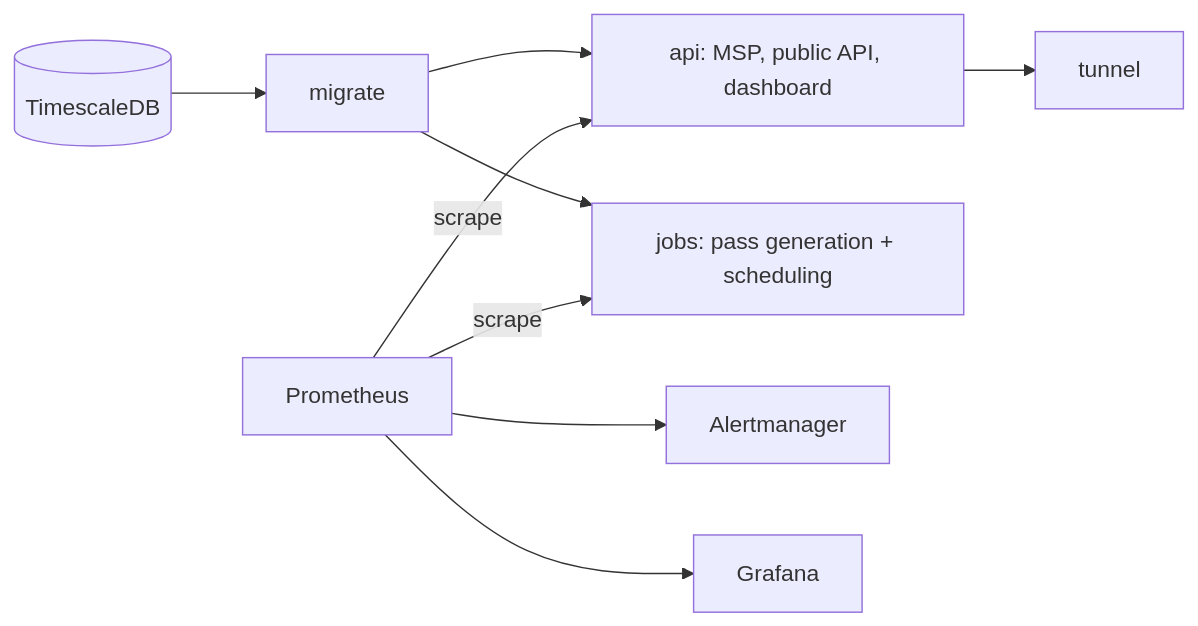
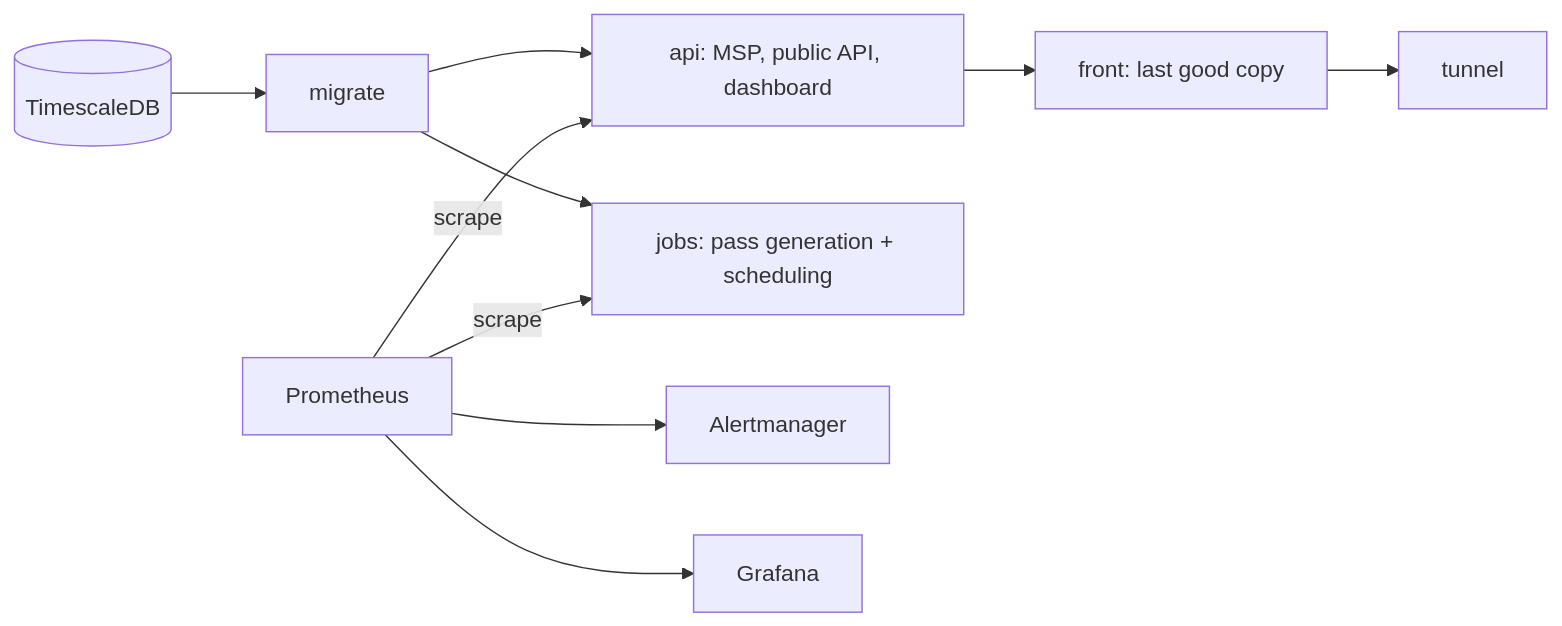
One commit to harshareddy-bathala/Meridian changed the diagram in docs/ARCHITECTURE.md. Above: the diagram before and after it, drawn with Mermaid. The commit also changed other lines of this file and 59 other files, not shown here.

````diff
--- a/docs/ARCHITECTURE.md
+++ b/docs/ARCHITECTURE.md
@@ -201,11 +203,12 @@
 ```mermaid
 flowchart LR
     DB[(TimescaleDB)] --> M[migrate]
     M --> API[api: MSP, public API, dashboard]
     M --> J[jobs: pass generation + scheduling]
-    API --> T[tunnel]
+    API --> F[front: last good copy]
+    F --> T[tunnel]
     P[Prometheus] -- scrape --> API
     P -- scrape --> J
     P --> AM[Alertmanager]
     P --> G[Grafana]
 ```
````
